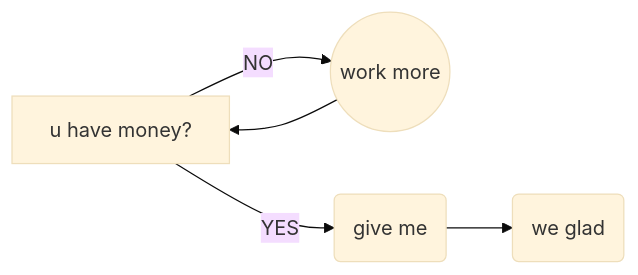
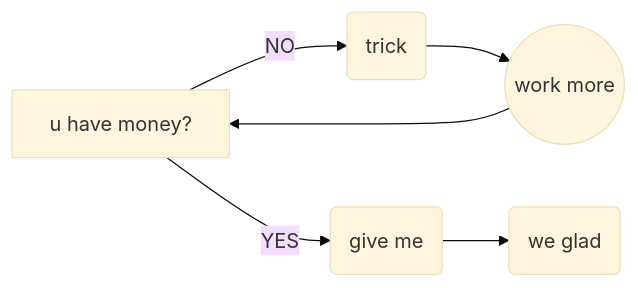
The diagram in README.md (DngYnQ/DngYnQ), drawn with Mermaid (base theme) before and after one commit.

````diff
--- a/README.md
+++ b/README.md
@@ -4,7 +4,7 @@
 ```mermaid
 graph LR
-A[u have money?] -- NO --> B((work more))
+A[u have money?] -- NO --> G(trick)--> B((work more))
 A  -- YES --> C(give me)
 B --> A
 C --> I(we glad)
 ```
````
